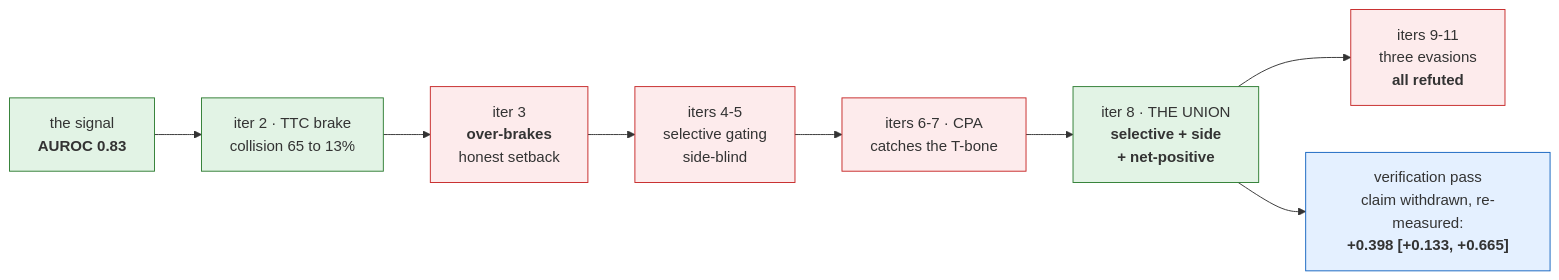
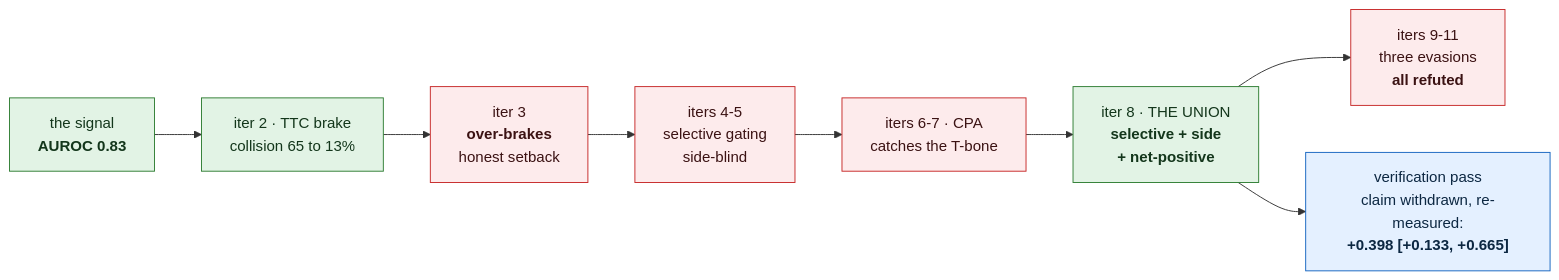
The first of 3 diagrams in README.md (manfromnowhere143/sentinel), drawn with Mermaid before and after one commit. The commit also changed other lines of this file, not shown here.

First line of the commit message:
README diagrams: explicit text color on every node class — dark-mode readable

````diff
--- a/README.md
+++ b/README.md
@@ -70,16 +70,16 @@
 ```mermaid
 flowchart LR
   G1["the signal<br/><b>AUROC 0.83</b>"] --> I2["iter 2 · TTC brake<br/>collision 65 to 13%"]
   I2 --> I3["iter 3<br/><b>over-brakes</b><br/>honest setback"]
   I3 --> I45["iters 4-5<br/>selective gating<br/>side-blind"]
   I45 --> I67["iters 6-7 · CPA<br/>catches the T-bone"]
   I67 --> U["iter 8 · THE UNION<br/><b>selective + side<br/>+ net-positive</b>"]
   U --> E9["iters 9-11<br/>three evasions<br/><b>all refuted</b>"]
   U --> V["verification pass<br/>claim withdrawn, re-measured:<br/><b>+0.398 [+0.133, +0.665]</b>"]
-  classDef win fill:#e2f3e5,stroke:#2e7d32;
-  classDef bad fill:#fdebec,stroke:#c62828;
-  classDef audit fill:#e4f0ff,stroke:#1565c0;
+  classDef win fill:#e2f3e5,stroke:#2e7d32,color:#13361b;
+  classDef bad fill:#fdebec,stroke:#c62828,color:#3b1213;
+  classDef audit fill:#e4f0ff,stroke:#1565c0,color:#0c2742;
   class G1,I2,U win;
   class I3,I45,I67,E9 bad;
   class V audit;
 ```
````
